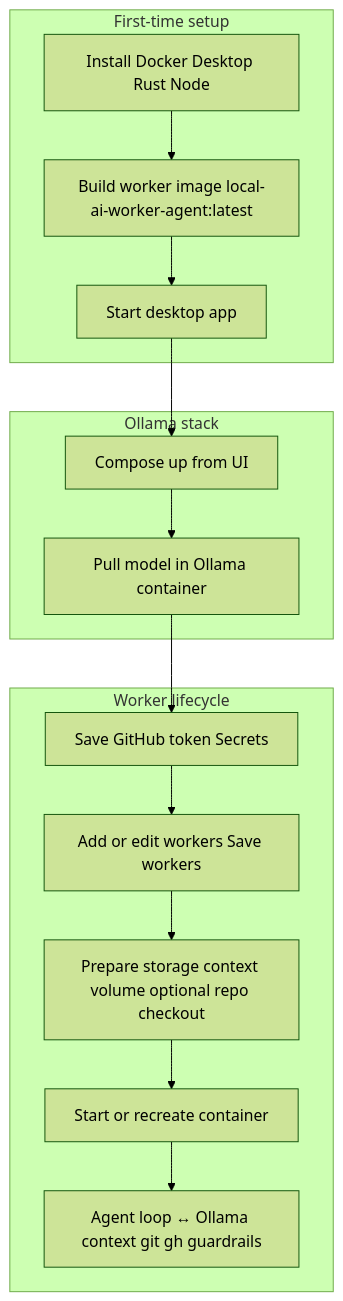
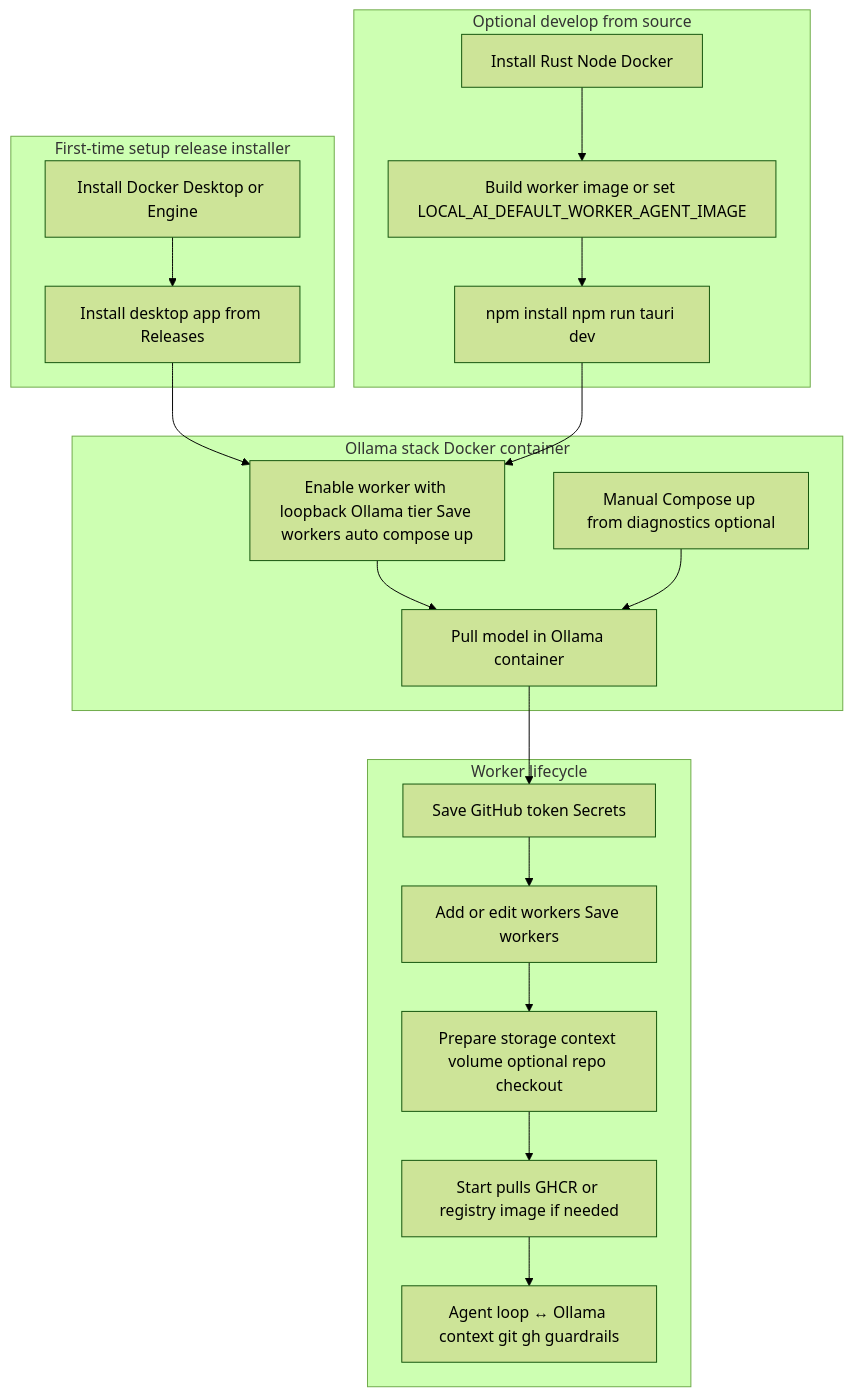
The diagram in docs/USER_GUIDE.md (MichaelJ43/local-ai-worker), drawn with Mermaid (forest theme) before and after one commit. The commit also changed other lines of this file and 10 other files, not shown here.

First line of the commit message:
feat: Docker runtime image catalog, local presence, and docs

````diff
--- a/docs/USER_GUIDE.md
+++ b/docs/USER_GUIDE.md
@@ -45,26 +45,35 @@
 ```mermaid
 flowchart TD
-  subgraph setup["First-time setup"]
-    P[Install Docker Desktop Rust Node]
-    B[Build worker image local-ai-worker-agent:latest]
-    AP[Start desktop app]
-    P --> B --> AP
+  subgraph setupRelease["First-time setup release installer"]
+    DR[Install Docker Desktop or Engine]
+    IN[Install desktop app from Releases]
+    DR --> IN
   end
 
-  subgraph stack["Ollama stack"]
-    U[Compose up from UI]
-    M[Pull model in Ollama container]
-    U --> M
+  subgraph setupDev["Optional develop from source"]
+    DEV[Install Rust Node Docker]
+    IMG[Build worker image or set LOCAL_AI_DEFAULT_WORKER_AGENT_IMAGE]
+    RUN[npm install npm run tauri dev]
+    DEV --> IMG --> RUN
+  end
+
+  subgraph stack["Ollama stack Docker container"]
+    AU[Enable worker with loopback Ollama tier Save workers auto compose up]
+    MU[Manual Compose up from diagnostics optional]
+    PM[Pull model in Ollama container]
+    AU --> PM
+    MU --> PM
   end
 
   subgraph lifecycle["Worker lifecycle"]
     T[Save GitHub token Secrets]
     W[Add or edit workers Save workers]
     S[Prepare storage context volume optional repo checkout]
-    R[Start or recreate container]
+    R[Start pulls GHCR or registry image if needed]
     L[Agent loop ↔ Ollama context git gh guardrails]
-    AP --> U
-    M --> T
+    IN --> AU
+    RUN --> AU
+    PM --> T
     T --> W --> S --> R --> L
   end
 ```
````
